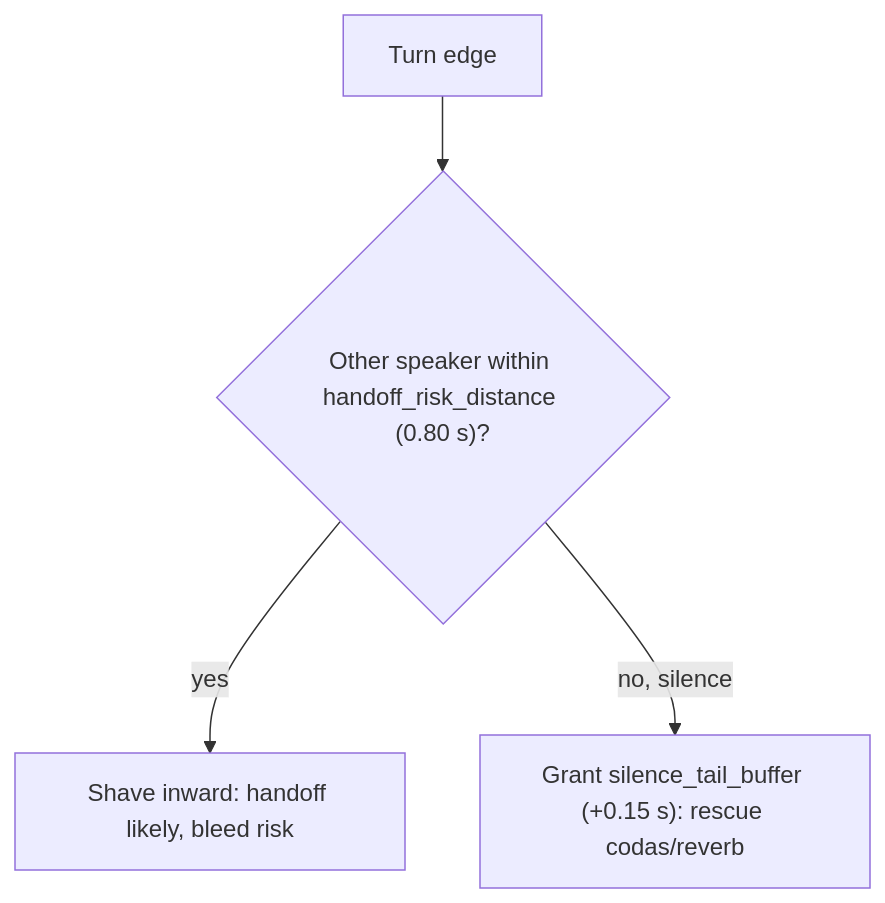
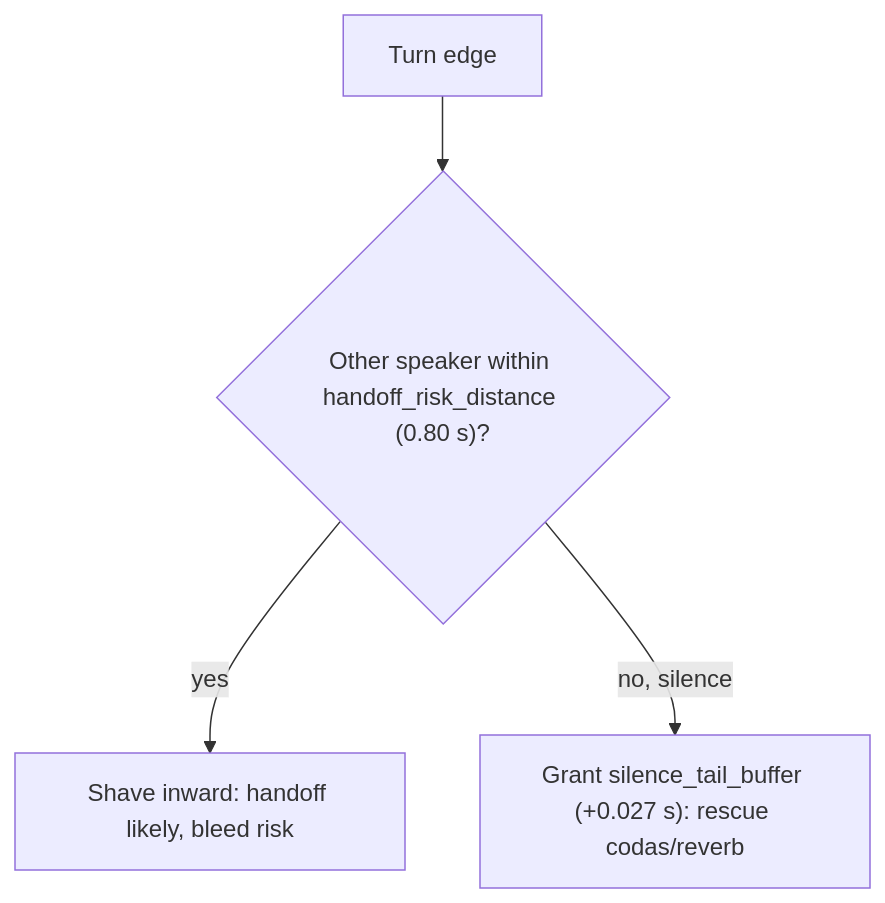
One commit to tungnguyenlam/audio-prepare-pipeline-redo changed the third of 6 diagrams in docs/concepts/08_boundary_hygiene.md. Above: the diagram before and after it, drawn with Mermaid. The commit also changed 9 other files, not shown here.

````diff
--- a/docs/concepts/08_boundary_hygiene.md
+++ b/docs/concepts/08_boundary_hygiene.md
@@ -40,6 +40,6 @@
 ```mermaid
 flowchart TD
     EDGE["Turn edge"] --> NEAR{"Other speaker within handoff_risk_distance (0.80 s)?"}
     NEAR -->|yes| SHAVE["Shave inward: handoff likely, bleed risk"]
-    NEAR -->|no, silence| EXTEND["Grant silence_tail_buffer (+0.15 s): rescue codas/reverb"]
+    NEAR -->|no, silence| EXTEND["Grant silence_tail_buffer (+0.027 s): rescue codas/reverb"]
 ```
````
